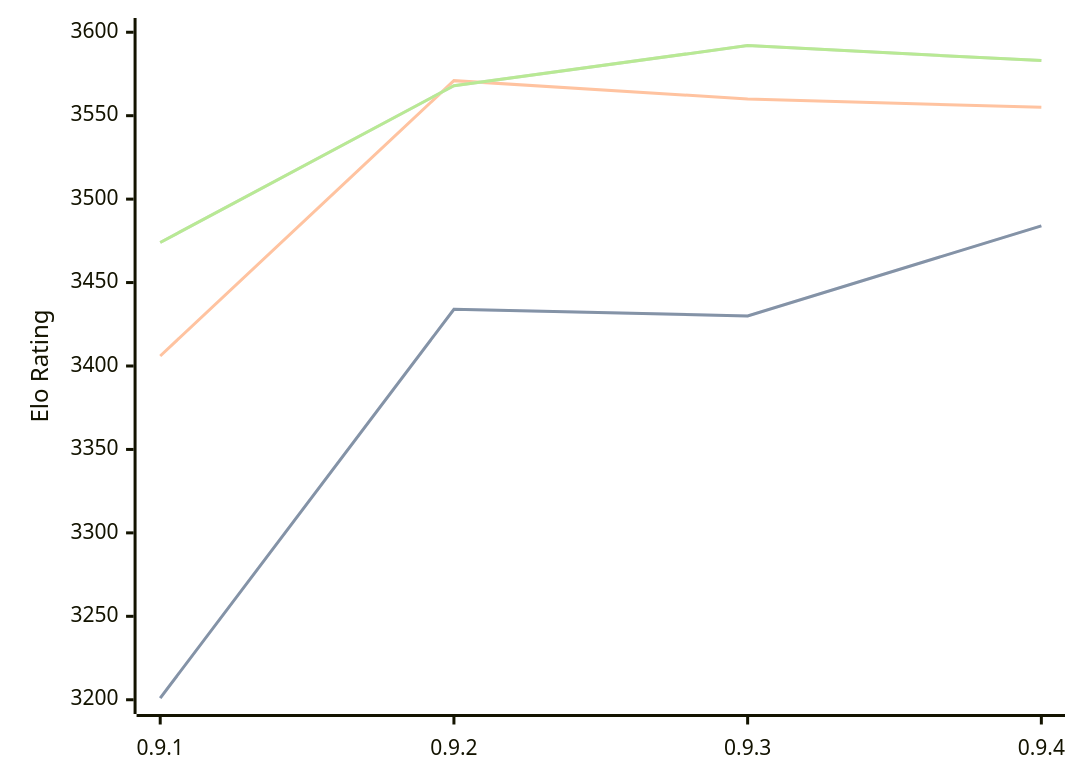
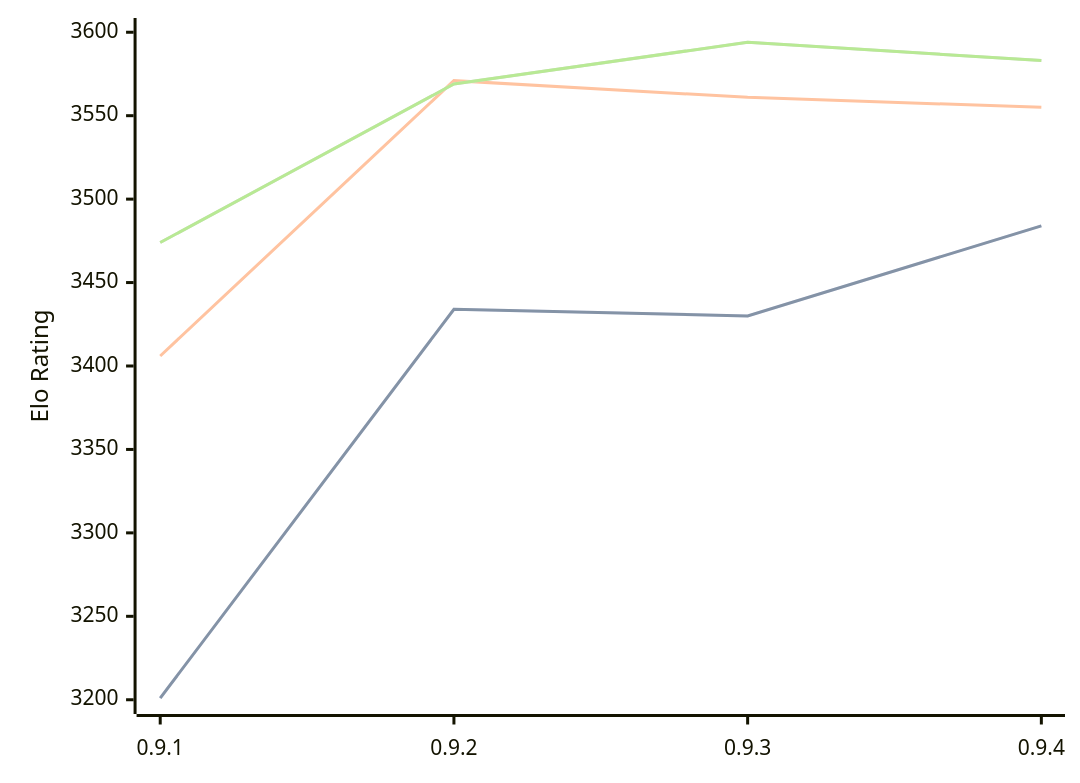
The diagram in engines/Coda.md (computer-chess-index/cci), drawn with Mermaid before and after one commit. The commit also changed other lines of this file, not shown here.

Commit message:
Update CCI Ratings (ELO VLTC) - 2026-09-05

````diff
--- a/engines/Coda.md
+++ b/engines/Coda.md
@@ -34,11 +34,11 @@
 ```mermaid
 %%{init: {"theme":"base","themeVariables":{"seriesColors:['#a3a3a3','#222221','#faa371']}}}%%
 xychart-beta
   x-axis ["0.9.1", "0.9.2", "0.9.3", "0.9.4"]
   y-axis "Elo Rating" 3200 --> 3600
   line "" [3201, 3434, 3430, 3484]
   line "STC (8.0+0.08s)" [3201, 3434, 3430, 3484]
-  line "LTC (60.0+0.60s)" [3406, 3571, 3560, 3555]
-  line "" [3474, 3568, 3592, 3583]
-  line "VLTC (2m24s+1.12s)" [3474, 3568, 3592, 3583]
+  line "LTC (60.0+0.60s)" [3406, 3571, 3561, 3555]
+  line "" [3474, 3569, 3594, 3583]
+  line "VLTC (2m24s+1.12s)" [3474, 3569, 3594, 3583]
 ```
````
